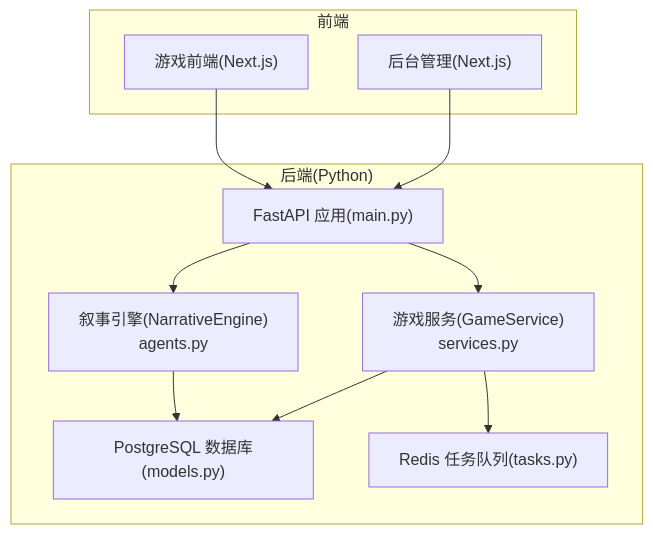
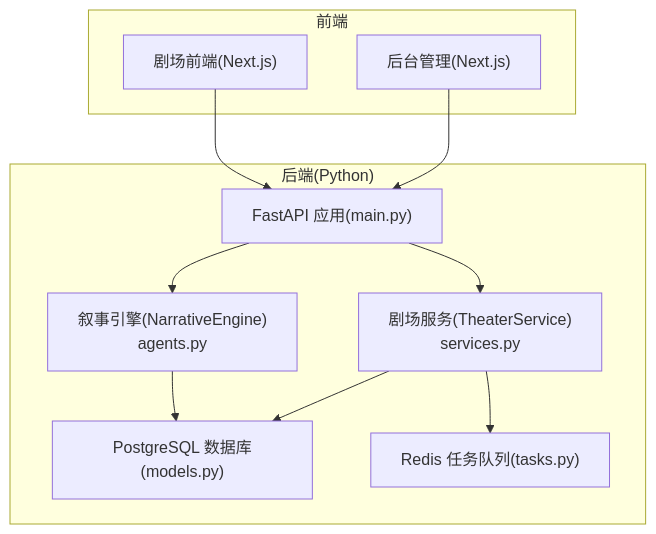
One commit to KunLabAI/KunFlix changed the first of 8 diagrams in .qoder/repowiki/zh/content/多智能体叙事引擎/导演Agent.md. Above: the diagram before and after it, drawn with Mermaid. The commit also changed other lines of this file and 112 other files, not shown here.

````diff
--- a/.qoder/repowiki/zh/content/多智能体叙事引擎/导演Agent.md
+++ b/.qoder/repowiki/zh/content/多智能体叙事引擎/导演Agent.md
@@ -43,21 +43,21 @@
 ```mermaid
 graph TB
 subgraph "前端"
-FE_Game["游戏前端(Next.js)"]
+FE_Theater["剧场前端(Next.js)"]
 FE_Admin["后台管理(Next.js)"]
 end
 subgraph "后端(Python)"
 API["FastAPI 应用(main.py)"]
 NS["叙事引擎(NarrativeEngine)<br/>agents.py"]
-DS["游戏服务(GameService)<br/>services.py"]
+DS["剧场服务(TheaterService)<br/>services.py"]
 DB["PostgreSQL 数据库(models.py)"]
 RD["Redis 任务队列(tasks.py)"]
 end
-FE_Game --> API
+FE_Theater --> API
 FE_Admin --> API
 API --> NS
 API --> DS
 DS --> DB
 DS --> RD
 NS --> DB
 ```
````
